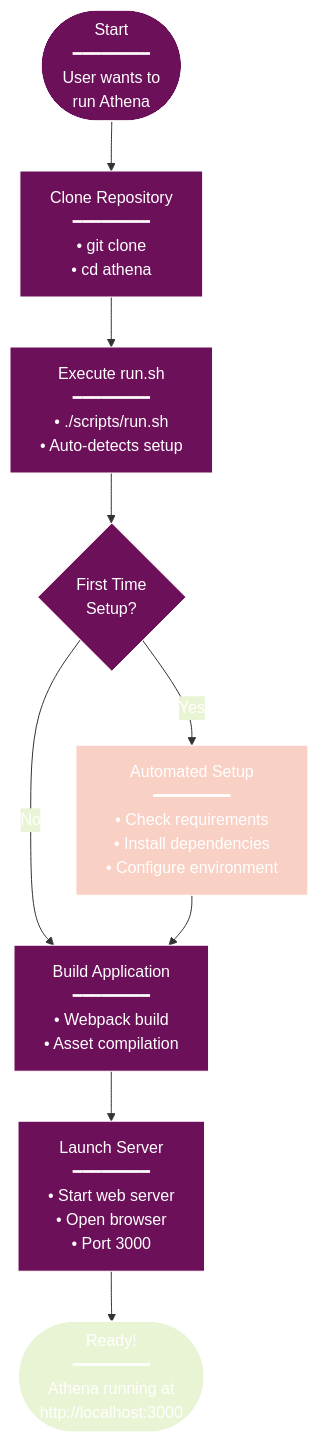
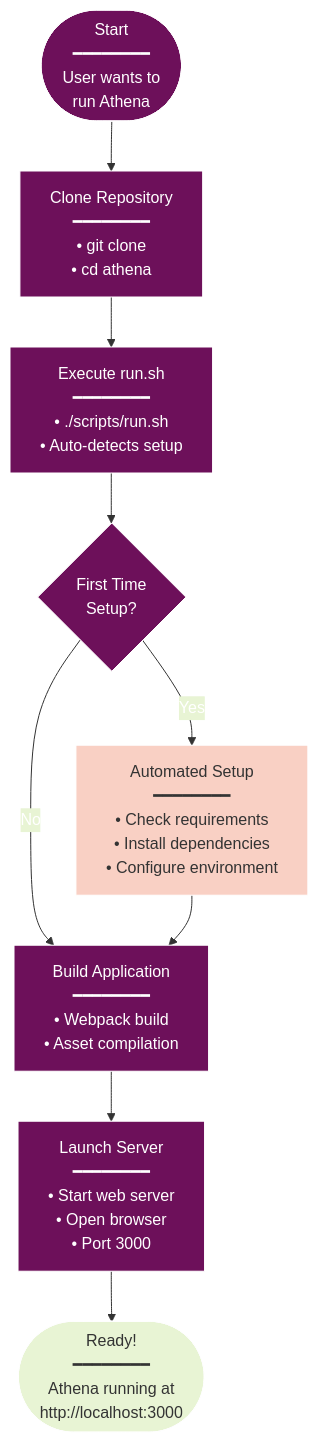
One commit to radicalkjax/Athena changed the first of 4 diagrams in docs/QUICKSTART.md. Above: the diagram before and after it, drawn with Mermaid. The commit also changed 23 other files, not shown here.

First line of the commit message:
Fix Mermaid diagram styles for better readability

````diff
--- a/docs/QUICKSTART.md
+++ b/docs/QUICKSTART.md
@@ -7,43 +7,43 @@
 ```mermaid
 %%{init: {
   'theme': 'base',
   'themeVariables': {
     'primaryColor': '#6d105a',
     'primaryTextColor': '#ffffff',
     'primaryBorderColor': '#ffffff',
     'lineColor': '#333333',
     'secondaryColor': '#e8f4d4',
     'secondaryTextColor': '#333333',
     'secondaryBorderColor': '#333333',
     'tertiaryColor': '#f9d0c4',
     'tertiaryTextColor': '#333333',
     'tertiaryBorderColor': '#333333',
     'background': '#ffffff',
     'mainBkg': '#6d105a',
     'secondBkg': '#e8f4d4',
     'tertiaryBkg': '#f9d0c4',
     'textColor': '#333333',
     'fontFamily': 'Arial, sans-serif'
   }
 }}%%
 flowchart TB
     Start([Start<br/>━━━━━━━━<br/>User wants to<br/>run Athena]) --> Clone[Clone Repository<br/>━━━━━━━━<br/>• git clone<br/>• cd athena]
     
     Clone --> RunScript[Execute run.sh<br/>━━━━━━━━<br/>• ./scripts/run.sh<br/>• Auto-detects setup]
     
     RunScript --> FirstTime{First Time<br/>Setup?}
     
     FirstTime -->|Yes| AutoSetup[Automated Setup<br/>━━━━━━━━<br/>• Check requirements<br/>• Install dependencies<br/>• Configure environment]
     
     FirstTime -->|No| Build[Build Application<br/>━━━━━━━━<br/>• Webpack build<br/>• Asset compilation]
     
     AutoSetup --> Build
     
     Build --> Launch[Launch Server<br/>━━━━━━━━<br/>• Start web server<br/>• Open browser<br/>• Port 3000]
     
     Launch --> Ready([Ready!<br/>━━━━━━━━<br/>Athena running at<br/>http://localhost:3000])
     
-    style Start fill:#6d105a
-    style Ready fill:#e8f4d4
-    style AutoSetup fill:#f9d0c4
+    style Start fill:#6d105a,color:#fff
+    style Ready fill:#e8f4d4,color:#333
+    style AutoSetup fill:#f9d0c4,color:#333
 ```
````
